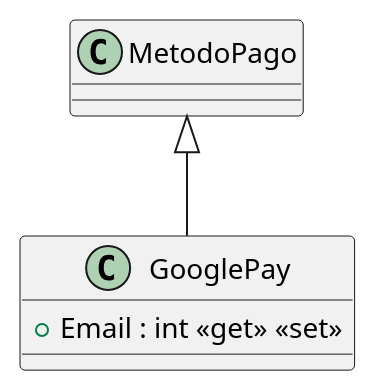
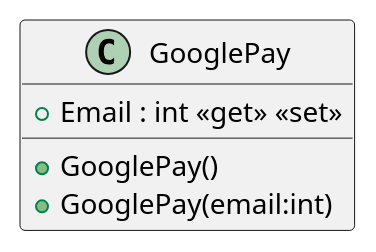
Before and after one commit to ISII2627NeedMoneyForMac/ISII2627NeedMoneyForMac: the diagram in src/AppForSEII.API/ClassDiagram/GooglePay.puml, drawn with PlantUML. The commit also changed 17 other files, not shown here.

```diff
--- a/src/AppForSEII.API/ClassDiagram/GooglePay.puml
+++ b/src/AppForSEII.API/ClassDiagram/GooglePay.puml
@@ -1,6 +1,7 @@
 @startuml
 class GooglePay {
+    + GooglePay()
+    + GooglePay(email:int)
     + Email : int <<get>> <<set>>
 }
-MetodoPago <|-- GooglePay
 @enduml
```
